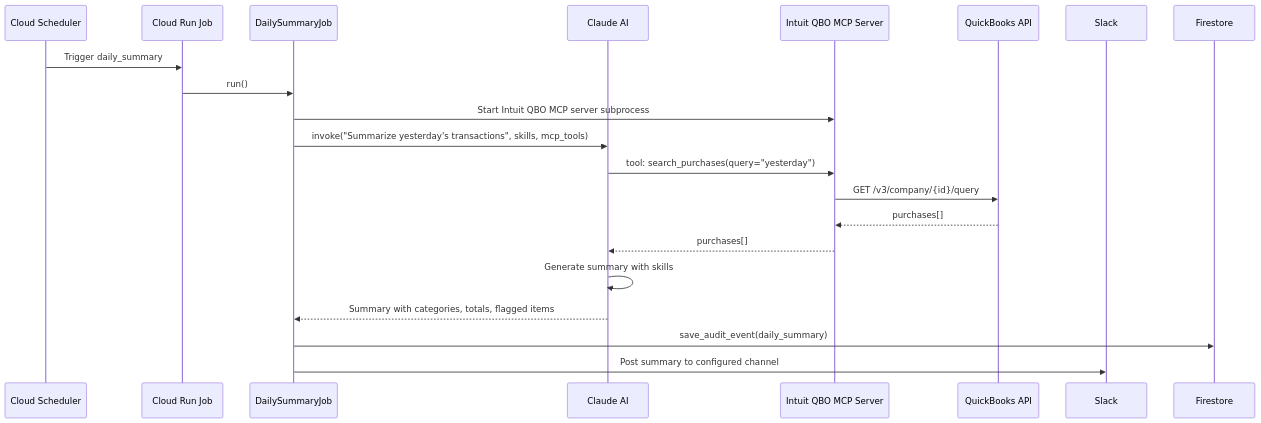
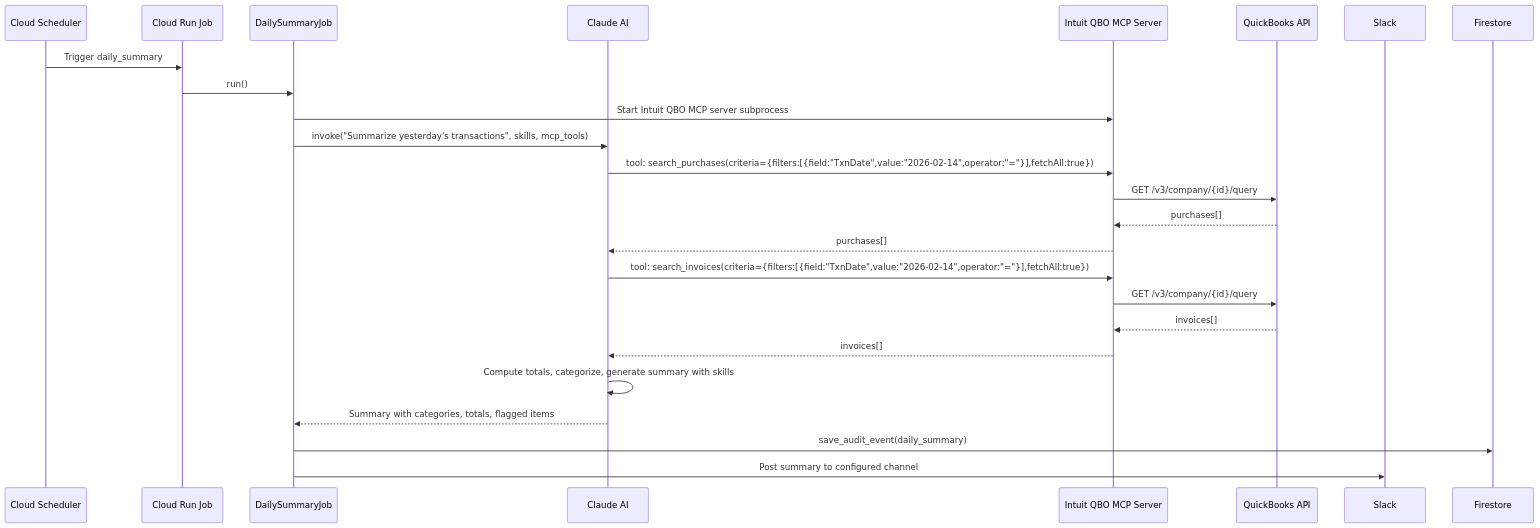
The fourth of 5 diagrams in docs/PRD.md (cfokit/cfokit), drawn with Mermaid before and after one commit. The commit also changed other lines of this file and 1 other file, not shown here.

First line of the commit message:
Update PRD with actual Intuit QBO MCP server interface

````diff
--- a/docs/PRD.md
+++ b/docs/PRD.md
@@ -133,26 +138,31 @@
 ```mermaid
 sequenceDiagram
     participant Scheduler as Cloud Scheduler
     participant Job as Cloud Run Job
     participant Logic as DailySummaryJob
     participant Claude as Claude AI
     participant MCP as Intuit QBO MCP Server
     participant QB as QuickBooks API
     participant Slack
 
     Scheduler->>Job: Trigger daily_summary
     Job->>Logic: run()
     Logic->>MCP: Start Intuit QBO MCP server subprocess
     Logic->>Claude: invoke("Summarize yesterday's transactions", skills, mcp_tools)
 
-    Claude->>MCP: tool: search_purchases(query="yesterday")
+    Claude->>MCP: tool: search_purchases(criteria={filters:[{field:"TxnDate",value:"2026-02-14",operator:"="}],fetchAll:true})
     MCP->>QB: GET /v3/company/{id}/query
     QB-->>MCP: purchases[]
     MCP-->>Claude: purchases[]
 
-    Claude->>Claude: Generate summary with skills
+    Claude->>MCP: tool: search_invoices(criteria={filters:[{field:"TxnDate",value:"2026-02-14",operator:"="}],fetchAll:true})
+    MCP->>QB: GET /v3/company/{id}/query
+    QB-->>MCP: invoices[]
+    MCP-->>Claude: invoices[]
+
+    Claude->>Claude: Compute totals, categorize, generate summary with skills
     Claude-->>Logic: Summary with categories, totals, flagged items
 
     Logic->>Firestore: save_audit_event(daily_summary)
     Logic->>Slack: Post summary to configured channel
 ```
````
